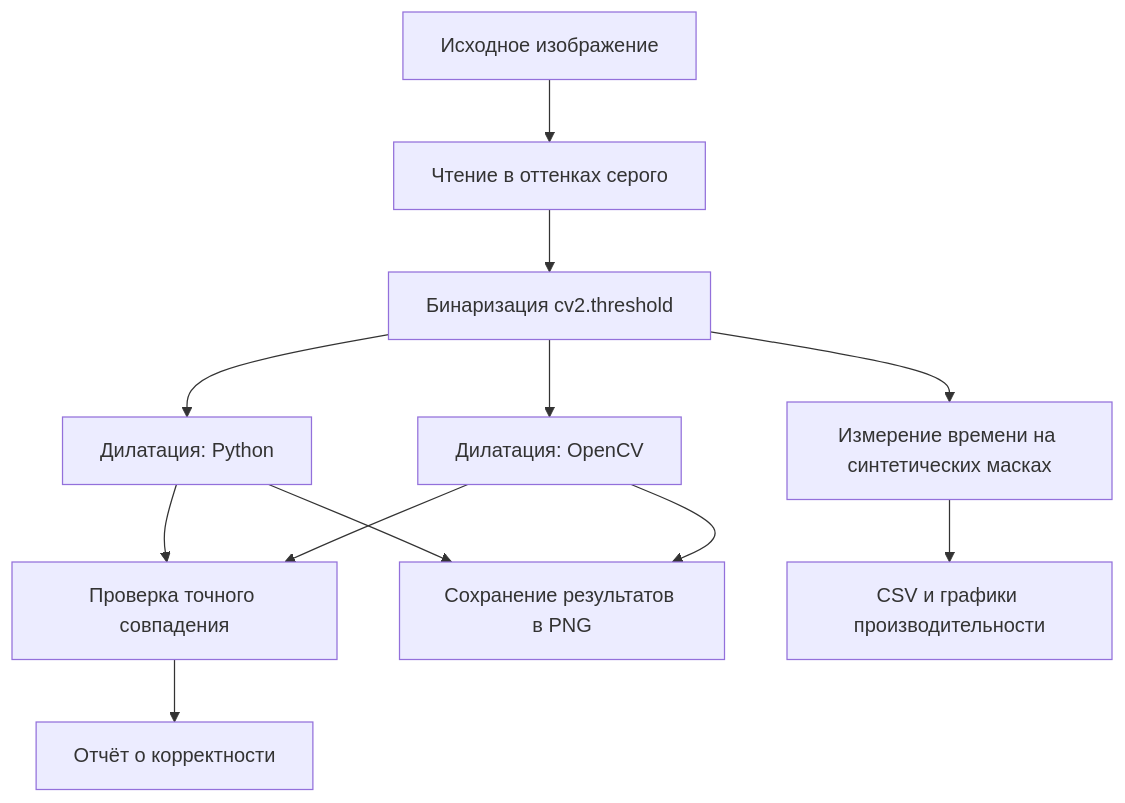
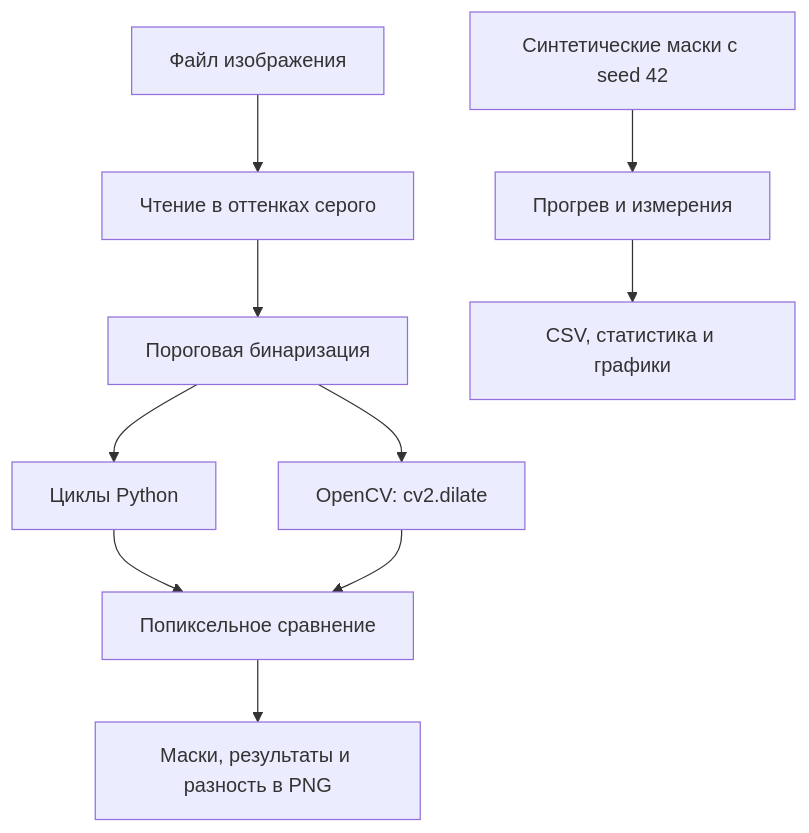
Before and after one commit to Vaskozlov/university: the diagram in images/lab1/README.md, drawn with Mermaid. The commit also changed other lines of this file and 58 other files, not shown here.

````diff
--- a/images/lab1/README.md
+++ b/images/lab1/README.md
@@ -82,14 +82,12 @@
 ```mermaid
 flowchart TD
-    A[Исходное изображение] --> B[Чтение в оттенках серого]
-    B --> C[Бинаризация cv2.threshold]
-    C --> D[Дилатация: Python]
-    C --> E[Дилатация: OpenCV]
-    D --> F[Проверка точного совпадения]
+    A[Файл изображения] --> B[Чтение в оттенках серого]
+    B --> C[Пороговая бинаризация]
+    C --> D[Циклы Python]
+    C --> E[OpenCV: cv2.dilate]
+    D --> F[Попиксельное сравнение]
     E --> F
-    D --> G[Сохранение результатов в PNG]
-    E --> G
-    F --> H[Отчёт о корректности]
-    C --> I[Измерение времени на синтетических масках]
-    I --> J[CSV и графики производительности]
+    F --> G[Маски, результаты и разность в PNG]
+    H[Синтетические маски с seed 42] --> I[Прогрев и измерения]
+    I --> J[CSV, статистика и графики]
 ```
````
